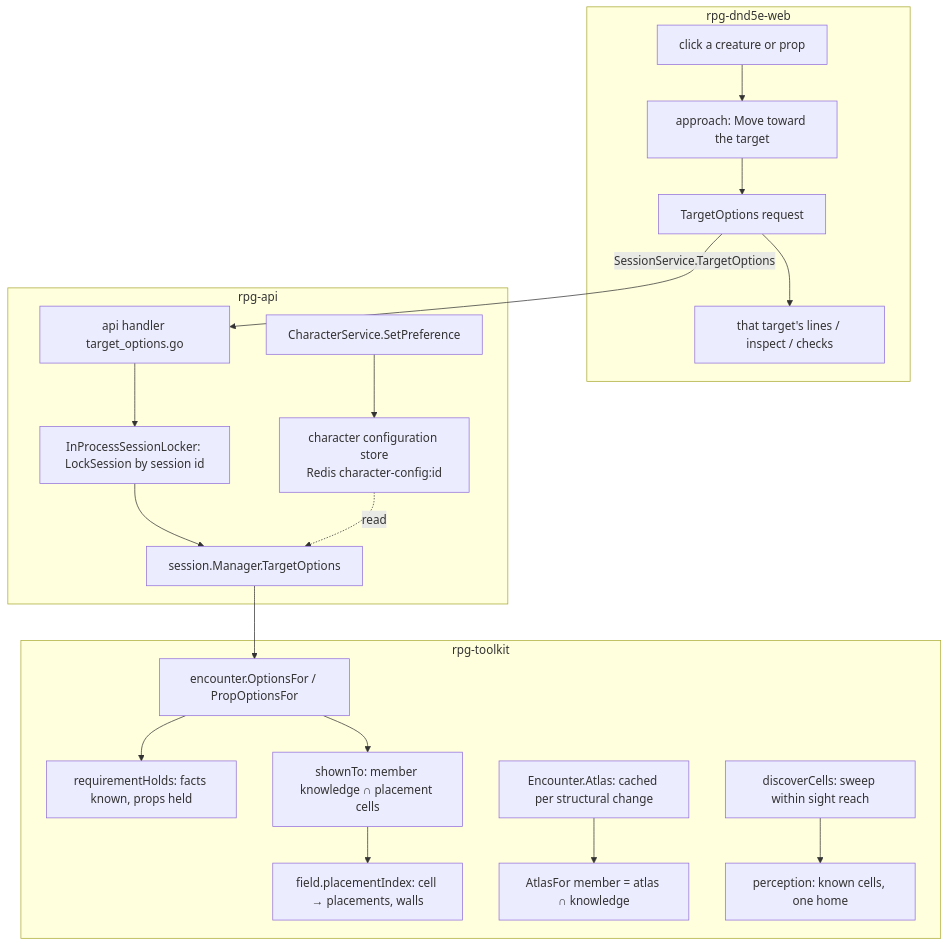
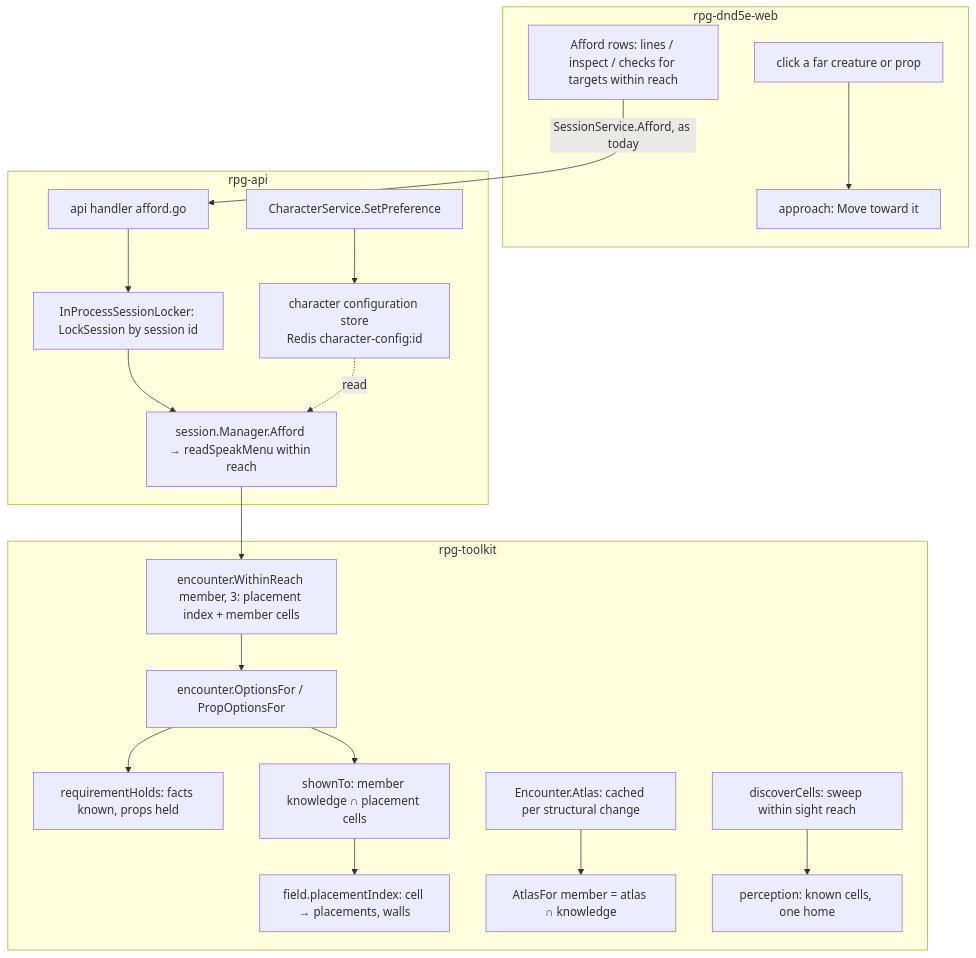
One commit to KirkDiggler/rpg-project changed the diagram in ideas/server-at-scale/README.md. Above: the diagram before and after it, drawn with Mermaid. The commit also changed other lines of this file and 2 other files, not shown here.

First line of the commit message:
design(server-at-scale): R4 interaction by reach (3 hexes, automatic like a discovery check); no TargetOptions RPC

````diff
--- a/ideas/server-at-scale/README.md
+++ b/ideas/server-at-scale/README.md
@@ -24,23 +25,23 @@
 ```mermaid
 flowchart TB
     subgraph web [rpg-dnd5e-web]
-        Pick[click a creature or prop] --> Go[approach: Move toward the target]
-        Go --> Ask[TargetOptions request]
-        Ask --> Menu[that target's lines / inspect / checks]
+        Pick[click a far creature or prop] --> Go[approach: Move toward it]
+        Menu[Afford rows: lines / inspect / checks for targets within reach]
     end
-    Ask -->|SessionService.TargetOptions| H[api handler target_options.go]
+    Menu -->|SessionService.Afford, as today| H[api handler afford.go]
     subgraph api [rpg-api]
         H --> L[InProcessSessionLocker: LockSession by session id]
-        L --> M[session.Manager.TargetOptions]
+        L --> M[session.Manager.Afford → readSpeakMenu within reach]
         C[character configuration store<br/>Redis character-config:id] -.read.-> M
         CS[CharacterService.SetPreference] --> C
     end
     subgraph toolkit [rpg-toolkit]
-        M --> O[encounter.OptionsFor / PropOptionsFor]
+        M --> N[encounter.WithinReach member, 3: placement index + member cells]
+        N --> O[encounter.OptionsFor / PropOptionsFor]
         O --> R[requirementHolds: facts known, props held]
         O --> S[shownTo: member knowledge ∩ placement cells]
         S --> I[field.placementIndex: cell → placements, walls]
         P[Encounter.Atlas: cached per structural change] --> PF[AtlasFor member = atlas ∩ knowledge]
         Sw[discoverCells: sweep within sight reach] --> K[perception: known cells, one home]
     end
 ```
````
